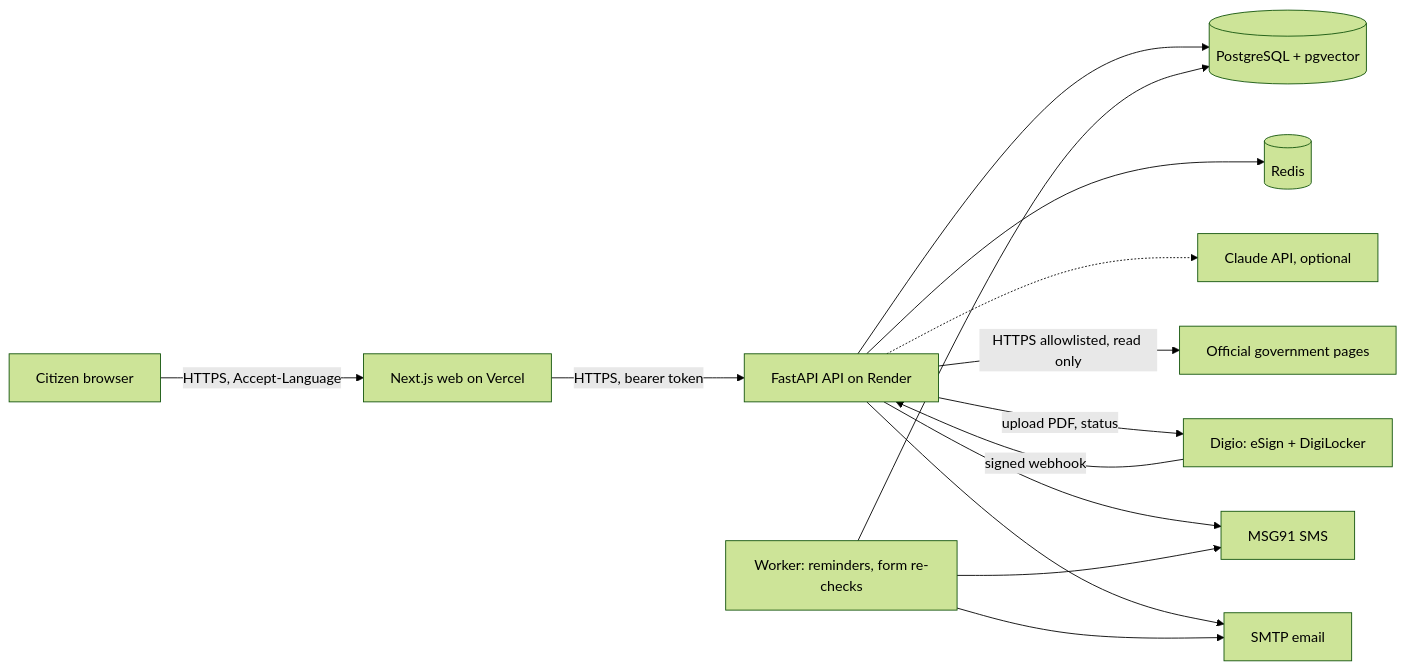
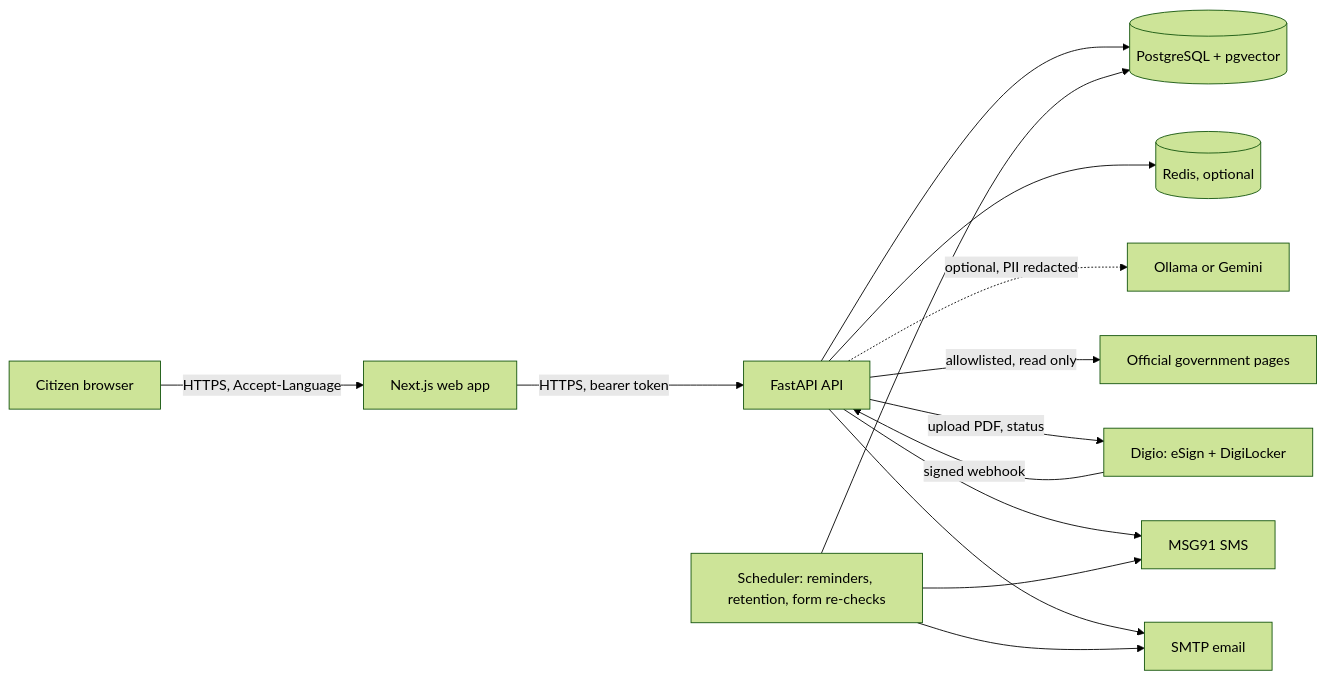
The first of 2 diagrams in README.md (RajdipDhar2007/Red_Tape_Navigator), drawn with Mermaid (forest theme) before and after one commit. The commit also changed other lines of this file and 25 other files, not shown here.

````diff
--- a/README.md
+++ b/README.md
@@ -101,16 +318,16 @@
 ```mermaid
 flowchart LR
-  B[Citizen browser] -->|HTTPS, Accept-Language| W[Next.js web on Vercel]
-  W -->|HTTPS, bearer token| A[FastAPI API on Render]
+  B[Citizen browser] -->|HTTPS, Accept-Language| W[Next.js web app]
+  W -->|HTTPS, bearer token| A[FastAPI API]
   A --> P[(PostgreSQL + pgvector)]
-  A --> R[(Redis)]
-  A -.-> L[Claude API, optional]
-  A -->|HTTPS allowlisted, read only| G[Official government pages]
+  A --> R[(Redis, optional)]
+  A -.->|optional, PII redacted| L[Ollama or Gemini]
+  A -->|allowlisted, read only| G[Official government pages]
   A -->|upload PDF, status| D[Digio: eSign + DigiLocker]
   D -->|signed webhook| A
   A --> M[MSG91 SMS]
   A --> S[SMTP email]
-  K[Worker: reminders, form re-checks] --> P
+  K[Scheduler: reminders, retention, form re-checks] --> P
   K --> M
   K --> S
 ```
````
